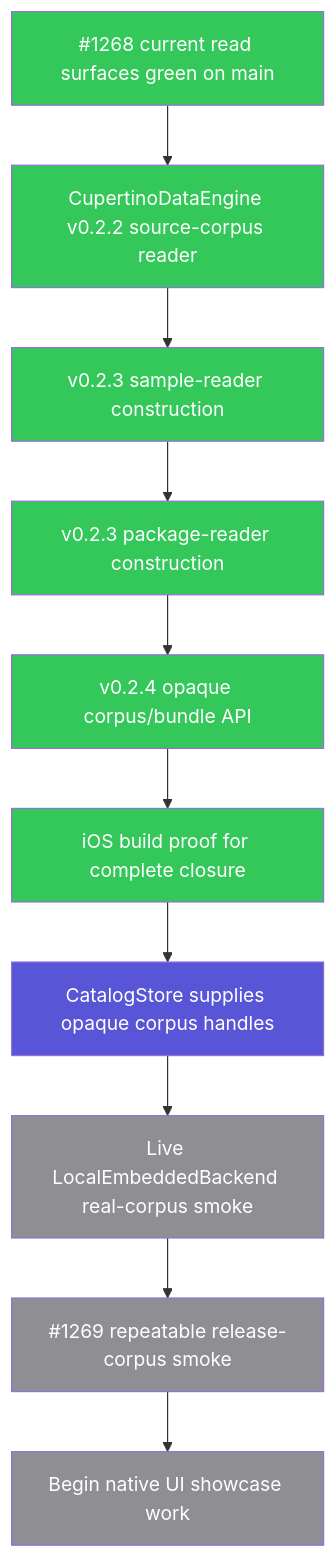
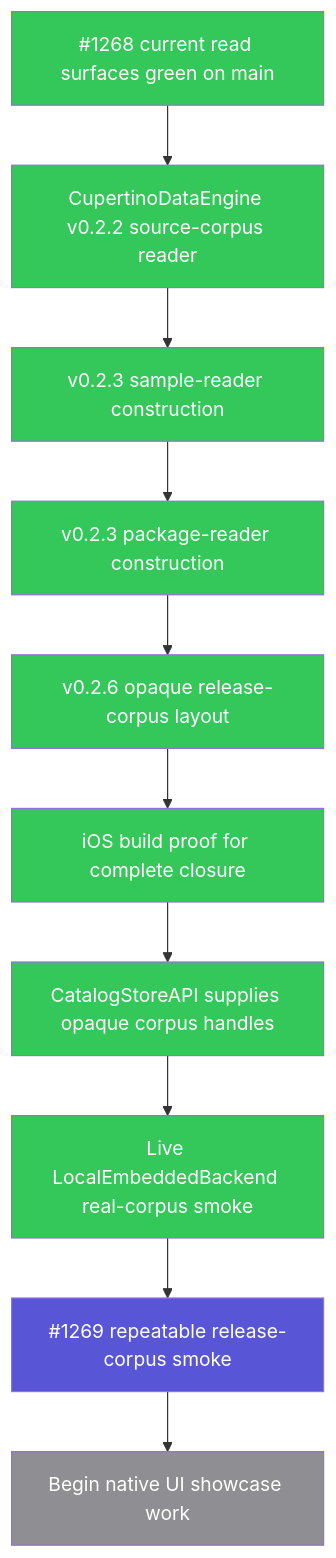
The third of 3 diagrams in README.md (mihaelamj/cupertino), drawn with Mermaid before and after one commit. The commit also changed other lines of this file and 4 other files, not shown here.

````diff
--- a/README.md
+++ b/README.md
@@ -271,18 +271,18 @@
 ```mermaid
 flowchart TD
   release["#1268 current read surfaces green on main"]:::done
   source["CupertinoDataEngine v0.2.2 source-corpus reader"]:::done
   samples["v0.2.3 sample-reader construction"]:::done
   packages["v0.2.3 package-reader construction"]:::done
-  bundle["v0.2.4 opaque corpus/bundle API"]:::done
+  bundle["v0.2.6 opaque release-corpus layout"]:::done
   ios["iOS build proof for complete closure"]:::done
-  catalog["CatalogStore supplies opaque corpus handles"]:::next
-  embedded["Live LocalEmbeddedBackend real-corpus smoke"]:::todo
-  smoke["#1269 repeatable release-corpus smoke"]:::todo
+  catalog["CatalogStoreAPI supplies opaque corpus handles"]:::done
+  embedded["Live LocalEmbeddedBackend real-corpus smoke"]:::done
+  smoke["#1269 repeatable release-corpus smoke"]:::next
   ui["Begin native UI showcase work"]:::todo
 
   release --> source --> samples --> packages --> bundle --> ios --> catalog --> embedded --> smoke --> ui
   classDef done    fill:#34C759,color:#FFFFFF
   classDef next    fill:#5856D6,color:#FFFFFF
   classDef todo    fill:#8E8E93,color:#FFFFFF
 ```
````
